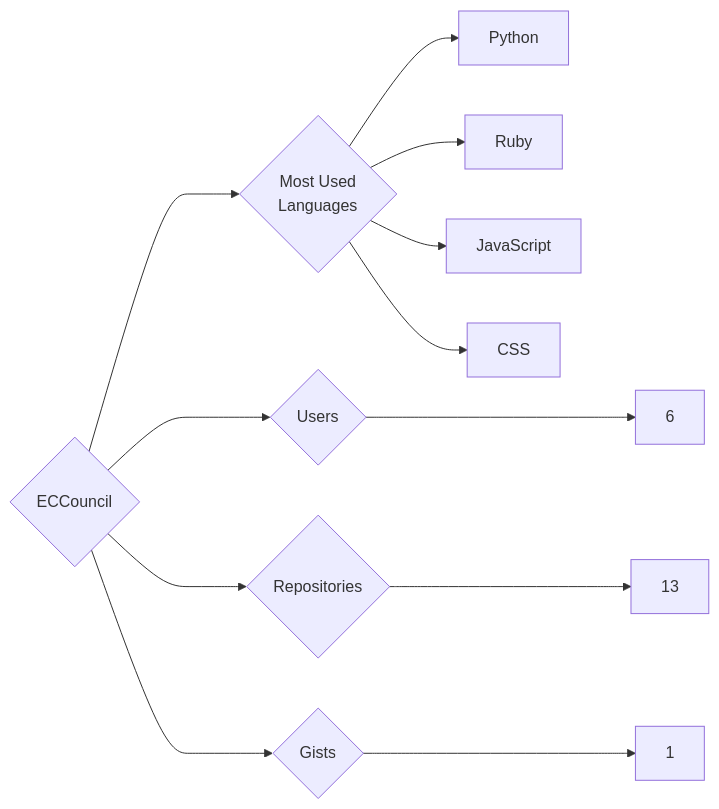
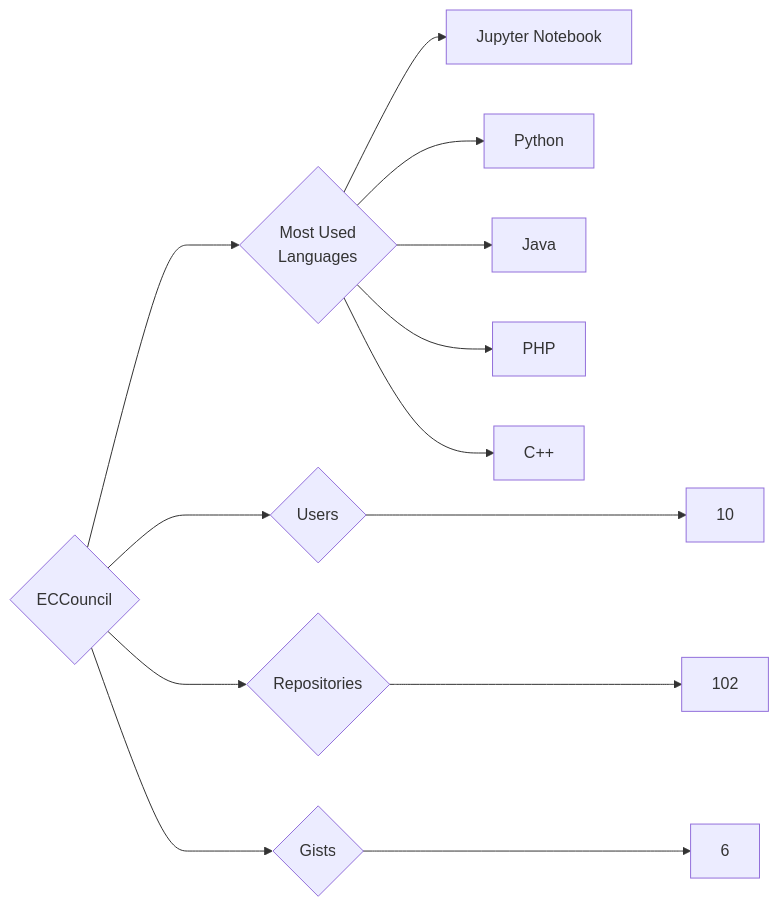
One commit to trickest/insiders changed the diagram in targets/ECCouncil/README.md. Above: the diagram before and after it, drawn with Mermaid. The commit also changed 1212 other files, not shown here.

````diff
--- a/targets/ECCouncil/README.md
+++ b/targets/ECCouncil/README.md
@@ -3,12 +3,13 @@
 ```mermaid
 graph LR
 COMPANY_NAME{ECCouncil}
-COMPANY_NAME ---> U{Users} ---> UN[6]
-COMPANY_NAME ---> R{Repositories} ---> RN[13]
-COMPANY_NAME ---> G{Gists} ---> GN[1]
+COMPANY_NAME ---> U{Users} ---> UN[10]
+COMPANY_NAME ---> R{Repositories} ---> RN[102]
+COMPANY_NAME ---> G{Gists} ---> GN[6]
 COMPANY_NAME ---> ML{Most Used<br>Languages}
+ML --> Jupyter_Notebook[Jupyter Notebook]
 ML --> Python[Python]
-ML --> Ruby[Ruby]
-ML --> JavaScript[JavaScript]
-ML --> CSS[CSS]
+ML --> Java[Java]
+ML --> PHP[PHP]
+ML --> C++[C++]
 ```
````
